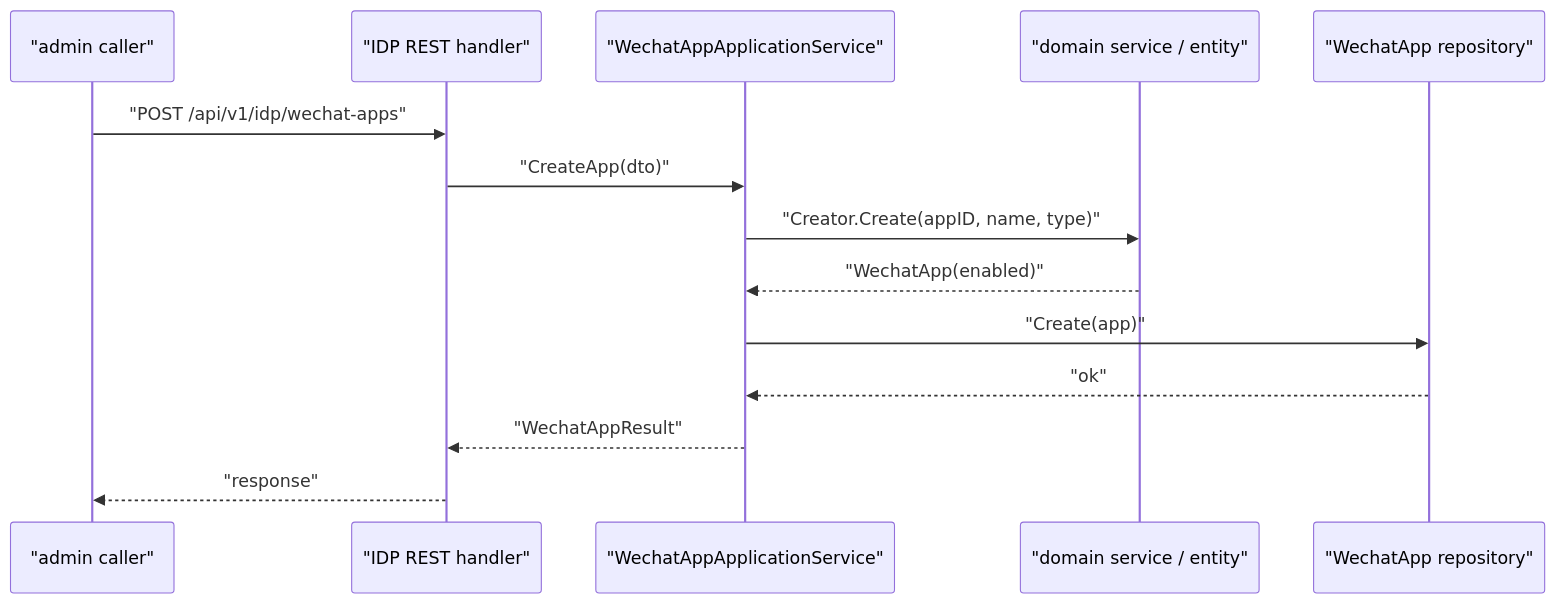
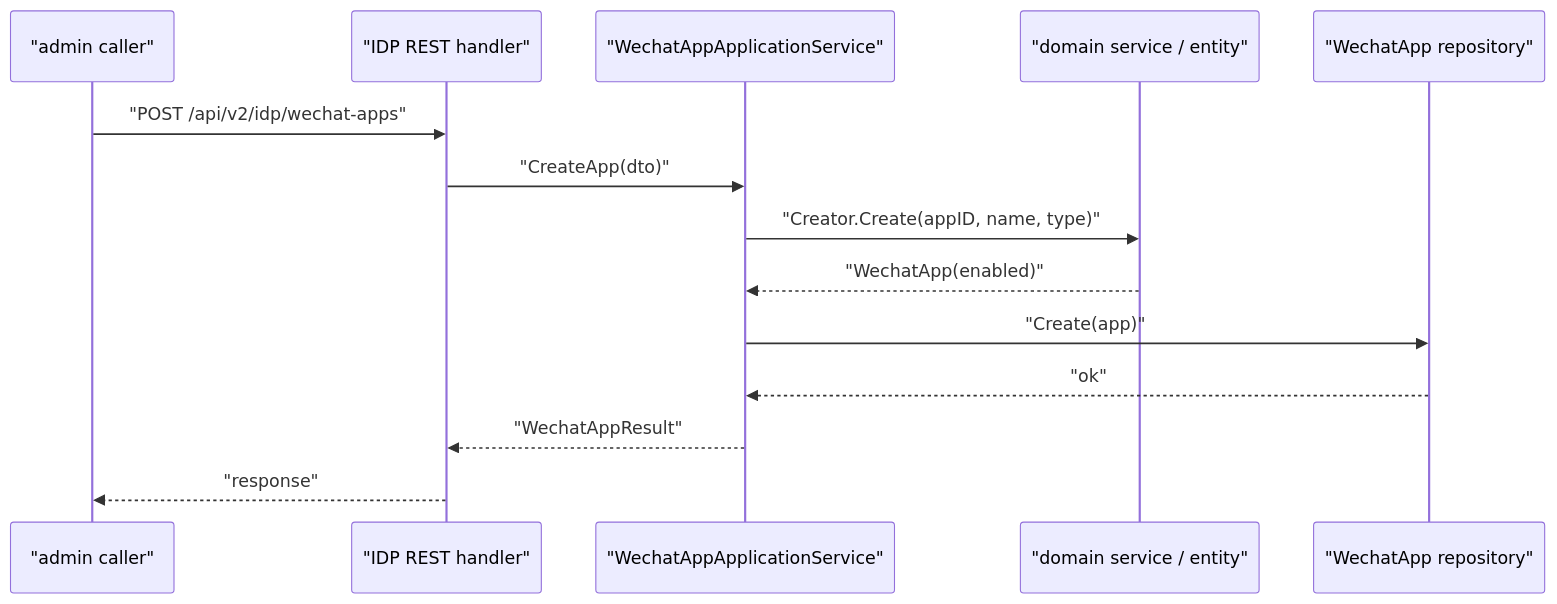
One commit to FangcunMount/iam changed the second of 5 diagrams in docs/05-专题分析/08-IDP与微信登录链路--WechatApp到AuthNProof.md. Above: the diagram before and after it, drawn with Mermaid. The commit also changed other lines of this file and 611 other files, not shown here.

Commit message:
feat 完成 IAM SDK v2、REST API v2、gRPC API v2 迁移

````diff
--- a/docs/05-专题分析/08-IDP与微信登录链路--WechatApp到AuthNProof.md
+++ b/docs/05-专题分析/08-IDP与微信登录链路--WechatApp到AuthNProof.md
@@ -55,17 +55,17 @@
 ```mermaid
 sequenceDiagram
     participant Admin as "admin caller"
     participant REST as "IDP REST handler"
     participant App as "WechatAppApplicationService"
     participant Domain as "domain service / entity"
     participant Repo as "WechatApp repository"
 
-    Admin->>REST: "POST /api/v1/idp/wechat-apps"
+    Admin->>REST: "POST /api/v2/idp/wechat-apps"
     REST->>App: "CreateApp(dto)"
     App->>Domain: "Creator.Create(appID, name, type)"
     Domain-->>App: "WechatApp(enabled)"
     App->>Repo: "Create(app)"
     Repo-->>App: "ok"
     App-->>REST: "WechatAppResult"
     REST-->>Admin: "response"
 ```
````
